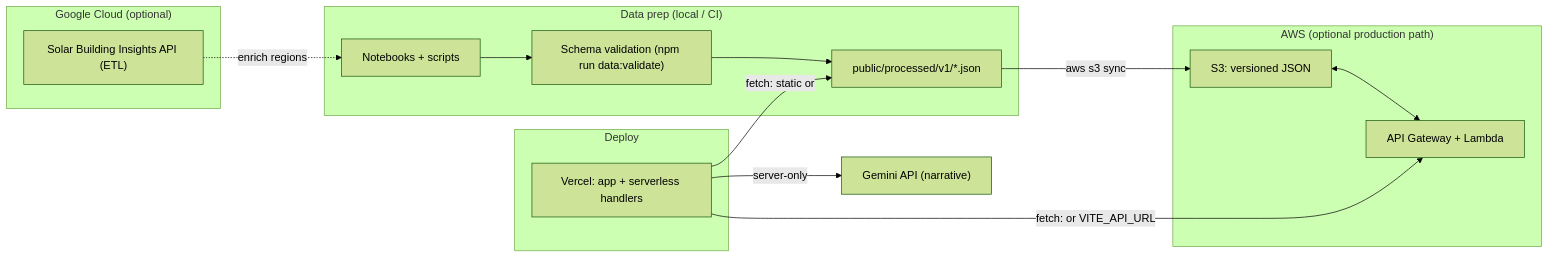
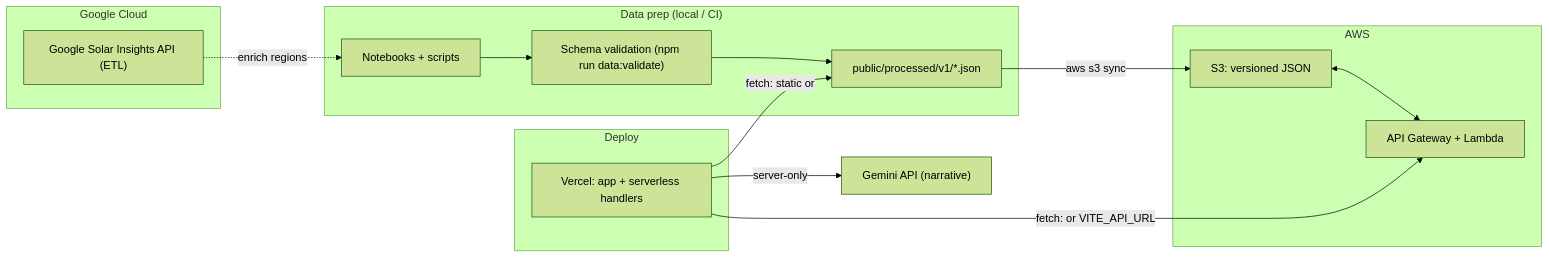
The diagram in README.md (F3rando/solar-roi-insights), drawn with Mermaid (forest theme) before and after one commit. The commit also changed other lines of this file, not shown here.

````diff
--- a/README.md
+++ b/README.md
@@ -59,25 +59,25 @@
 ```mermaid
 flowchart LR
   subgraph ETL["Data prep (local / CI)"]
     NB["Notebooks + scripts"]
     VAL["Schema validation (npm run data:validate)"]
     JSON["public/processed/v1/*.json"]
     NB --> VAL --> JSON
   end
-  subgraph AWS["AWS (optional production path)"]
+  subgraph AWS["AWS"]
     S3["S3: versioned JSON"]
     APIGW["API Gateway + Lambda"]
     S3 <--> APIGW
   end
-  subgraph GCP["Google Cloud (optional)"]
-    GSI["Solar Building Insights API (ETL)"]
+  subgraph GCP["Google Cloud"]
+    GSI["Google Solar Insights API (ETL)"]
   end
   JSON -->|aws s3 sync| S3
   GSI -.->|enrich regions| NB
   subgraph Host["Deploy"]
     V["Vercel: app + serverless handlers"]
   end
   V -->|fetch: static or| JSON
   V -->|fetch: or VITE_API_URL| APIGW
   V -->|server-only| GEM["Gemini API (narrative)"]
 ```
````
